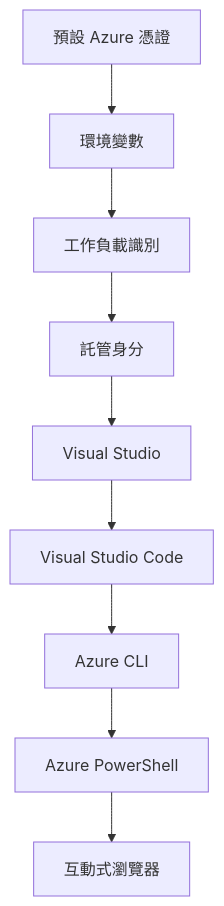
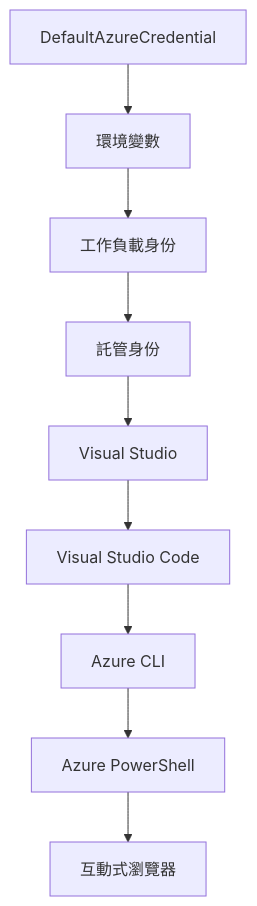
The second of 2 diagrams in translations/zh-HK/docs/chapter-01-foundation/azd-basics.md (microsoft/AZD-for-beginners), drawn with Mermaid before and after one commit. The commit also changed other lines of this file and 104 other files, not shown here.

````diff
--- a/translations/zh-HK/docs/chapter-01-foundation/azd-basics.md
+++ b/translations/zh-HK/docs/chapter-01-foundation/azd-basics.md
@@ -592,11 +606,11 @@
 ```mermaid
 graph TD
-    A[預設 Azure 憑證] --> B[環境變數]
-    B --> C[工作負載識別]
-    C --> D[託管身分]
+    A[DefaultAzureCredential] --> B[環境變數]
+    B --> C[工作負載身份]
+    C --> D[託管身份]
     D --> E[Visual Studio]
     E --> F[Visual Studio Code]
     F --> G[Azure CLI]
     G --> H[Azure PowerShell]
     H --> I[互動式瀏覽器]
 ```
````
